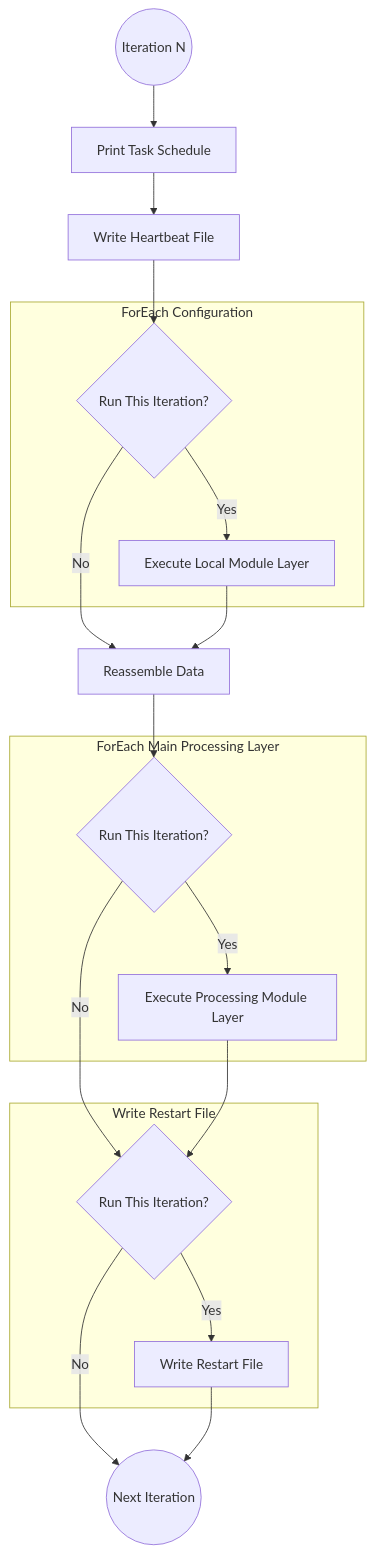
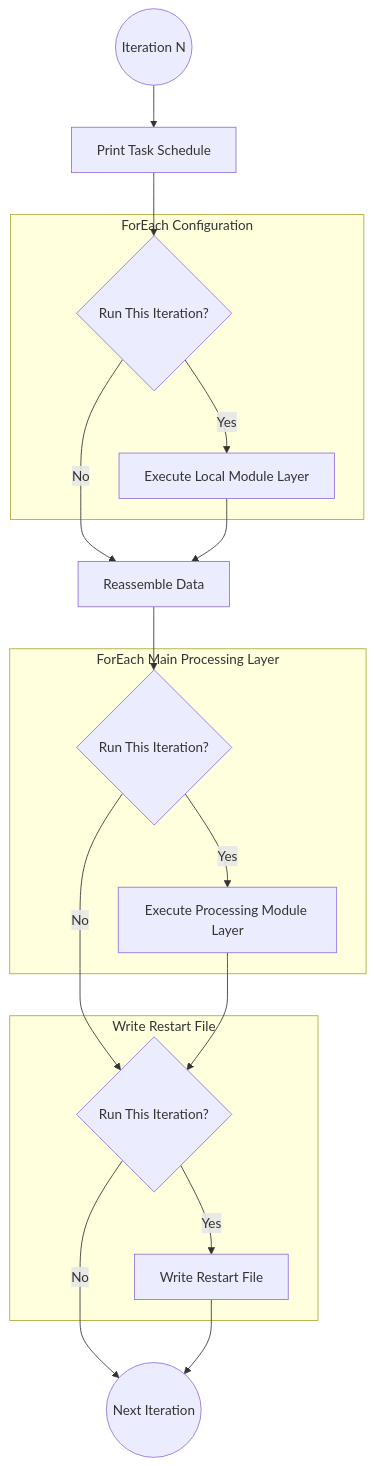
Before and after one commit to disorderedmaterials/dissolve: the second of 2 diagrams in web/content/docs/developers/architecture.md, drawn with Mermaid. The commit also changed 5 other files, not shown here.

```diff
--- a/web/content/docs/developers/architecture.md
+++ b/web/content/docs/developers/architecture.md
@@ -97,26 +97,25 @@
 {{< mermaid >}}
 graph TD;
   Start((Iteration N)) --> PrintTasks;
-  PrintTasks[Print Task Schedule] --> Heartbeat;
-  Heartbeat[Write Heartbeat File] --> ConfigCheck;
+  PrintTasks[Print Task Schedule] --> ConfigCheck;
   subgraph  ForEach Configuration;
     ConfigCheck{Run This Iteration?} --> |Yes|ConfigRun;
     ConfigRun[Execute Local Module Layer];
   end;
   ConfigCheck --> |No|Reassemble;
   ConfigRun --> Reassemble;
   Reassemble[Reassemble Data] --> ProcCheck;
   subgraph  ForEach Main Processing Layer;
     ProcCheck{Run This Iteration?} --> |Yes|ProcRun;
     ProcRun[Execute Processing Module Layer];
   end;
   ProcCheck --> |No|RestartCheck;
   ProcRun --> RestartCheck;
   subgraph  Write Restart File;
     RestartCheck{Run This Iteration?} --> |Yes|RestartRun;
     RestartRun[Write Restart File];
   end;
   RestartCheck --> |No|Continue;
   RestartRun --> Continue;
   Continue((Next Iteration));
 {{< /mermaid >}}
```
